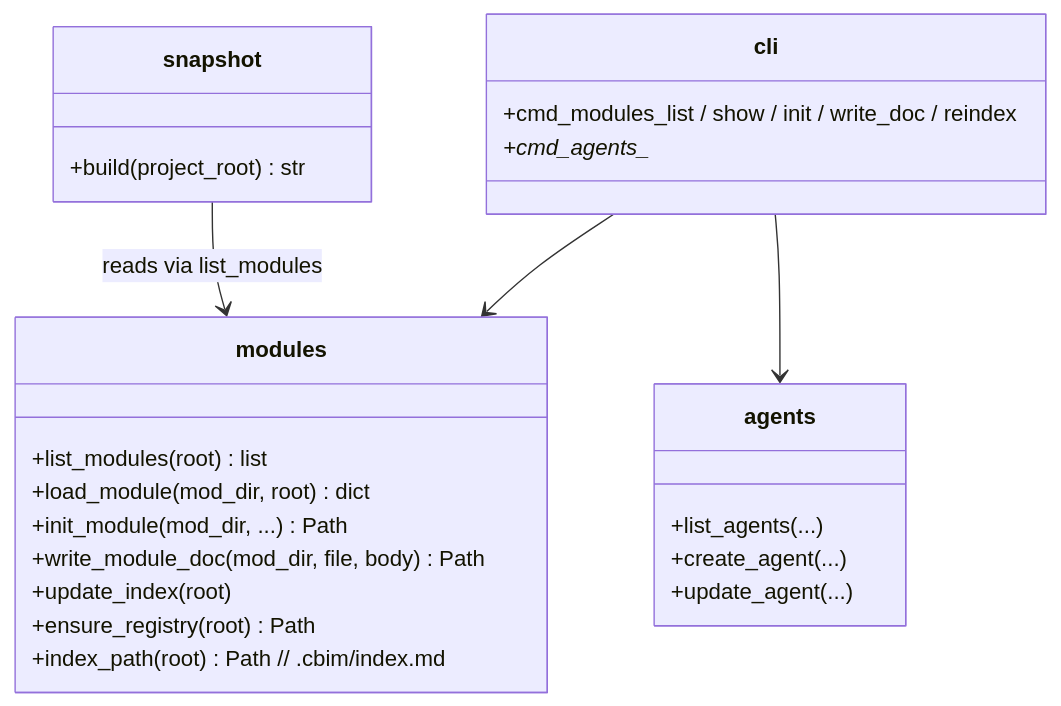
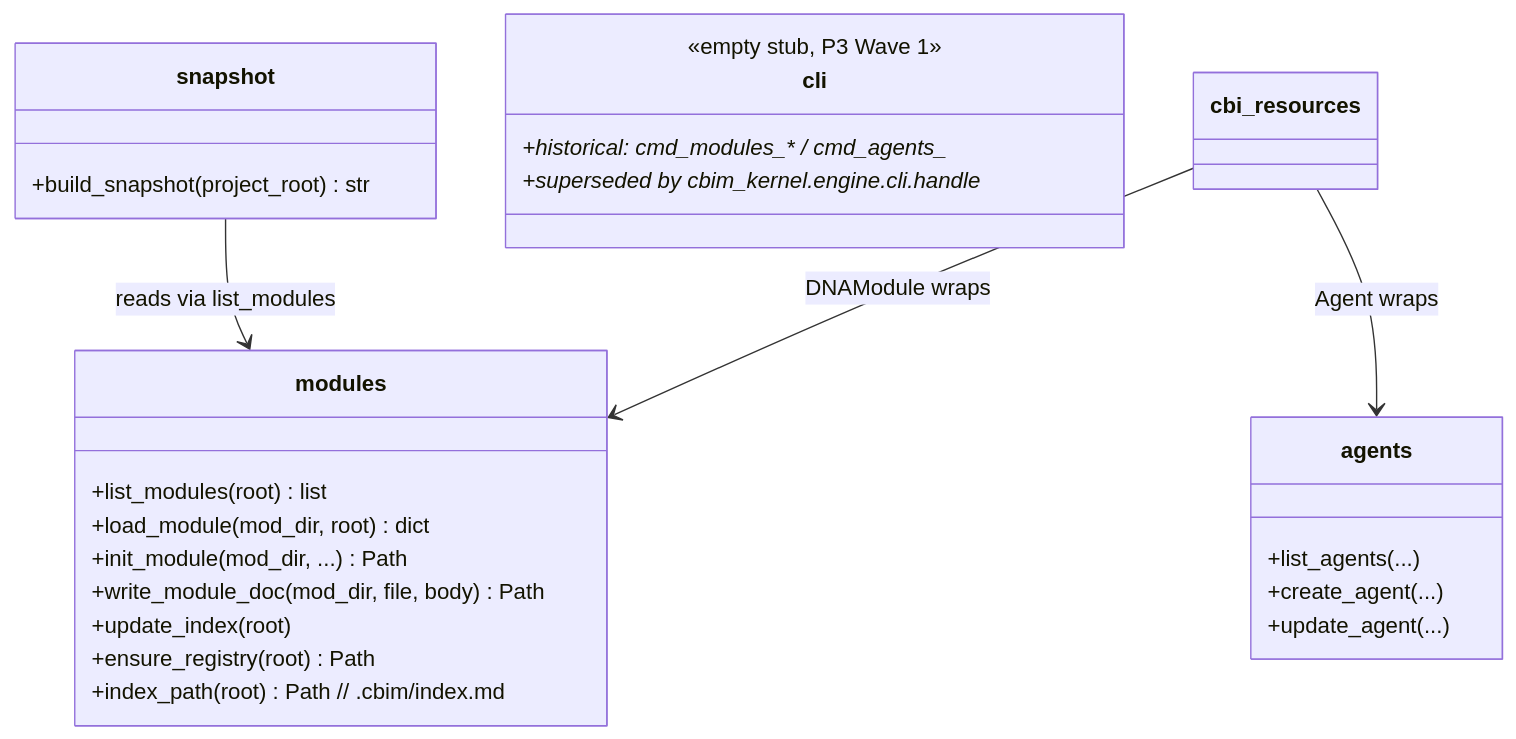
The diagram in v1/src/kernel/cbim_kernel/cbi/_primitives/.dna/module.md (nan023062/agent-team-cc), drawn with Mermaid before and after one commit. The commit also changed other lines of this file and 30 other files, not shown here.

````diff
--- a/v1/src/kernel/cbim_kernel/cbi/_primitives/.dna/module.md
+++ b/v1/src/kernel/cbim_kernel/cbi/_primitives/.dna/module.md
@@ -14,27 +16,28 @@
 ```mermaid
 classDiagram
     class modules {
         +list_modules(root) list
         +load_module(mod_dir, root) dict
         +init_module(mod_dir, ...) Path
         +write_module_doc(mod_dir, file, body) Path
         +update_index(root)
         +ensure_registry(root) Path
         +index_path(root) Path  // .cbim/index.md
     }
     class agents {
         +list_agents(...)
         +create_agent(...)
         +update_agent(...)
     }
     class snapshot {
-        +build(project_root) str
+        +build_snapshot(project_root) str
     }
     class cli {
-        +cmd_modules_list / show / init / write_doc / reindex
-        +cmd_agents_* 
+        <<empty stub, P3 Wave 1>>
+        +historical: cmd_modules_* / cmd_agents_*
+        +superseded by cbim_kernel.engine.cli._handle_*
     }
-    cli --> modules
-    cli --> agents
+    cbi_resources --> modules : DNAModule wraps
+    cbi_resources --> agents : Agent wraps
     snapshot --> modules : reads via list_modules
 ```
````
